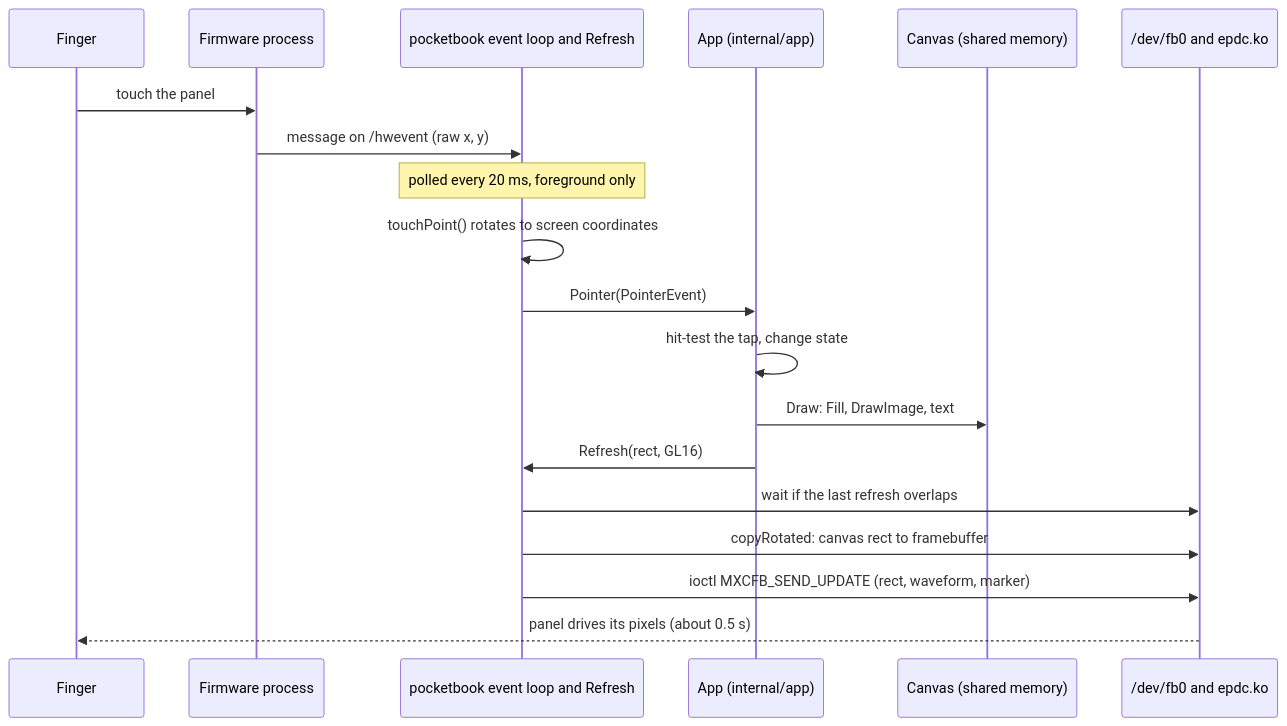
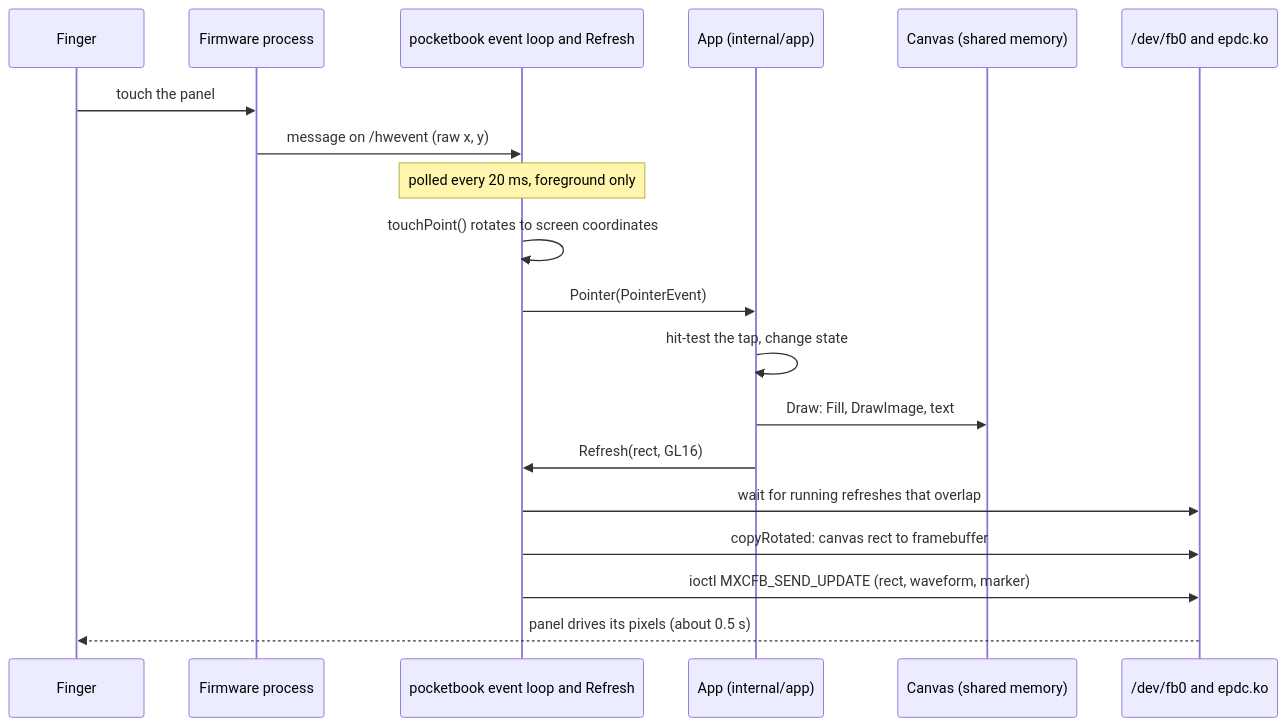
The diagram in docs/reference/eink-and-firmware.md (CedricHerzog/inkshelf), drawn with Mermaid before and after one commit. The commit also changed other lines of this file and 33 other files, not shown here.

````diff
--- a/docs/reference/eink-and-firmware.md
+++ b/docs/reference/eink-and-firmware.md
@@ -134,21 +160,21 @@
 ```mermaid
 sequenceDiagram
     participant Finger
     participant Firmware as Firmware process
     participant EventLoop as pocketbook event loop and Refresh
     participant App as App (internal/app)
     participant Canvas as Canvas (shared memory)
     participant FB as /dev/fb0 and epdc.ko
     Finger->>Firmware: touch the panel
     Firmware->>EventLoop: message on /hwevent (raw x, y)
     Note over EventLoop: polled every 20 ms, foreground only
     EventLoop->>EventLoop: touchPoint() rotates to screen coordinates
     EventLoop->>App: Pointer(PointerEvent)
     App->>App: hit-test the tap, change state
     App->>Canvas: Draw: Fill, DrawImage, text
     App->>EventLoop: Refresh(rect, GL16)
-    EventLoop->>FB: wait if the last refresh overlaps
+    EventLoop->>FB: wait for running refreshes that overlap
     EventLoop->>FB: copyRotated: canvas rect to framebuffer
     EventLoop->>FB: ioctl MXCFB_SEND_UPDATE (rect, waveform, marker)
     FB-->>Finger: panel drives its pixels (about 0.5 s)
 ```
````
